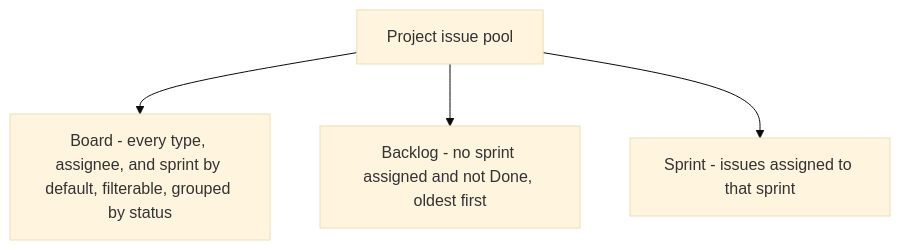
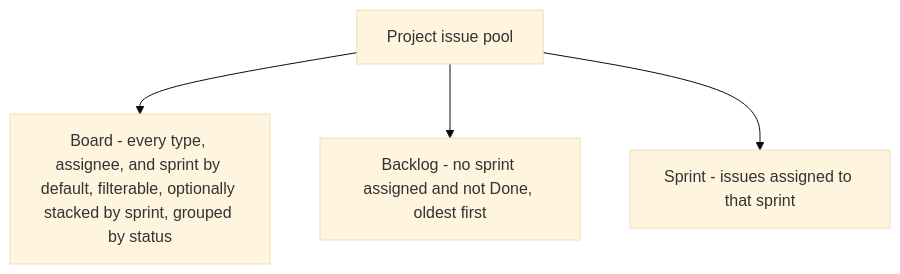
Before and after one commit to Mathotics/Keel: the second of 3 diagrams in docs/adr/ADR-013.md, drawn with Mermaid (base theme). The commit also changed other lines of this file and 15 other files, not shown here.

Commit message:
Add an optional board layout that stacks a row of columns per sprint so cards sit with the sprint they belong to.

````diff
--- a/docs/adr/ADR-013.md
+++ b/docs/adr/ADR-013.md
@@ -142,11 +143,11 @@
 ```mermaid
 flowchart TD
   pool["Project issue pool"]
-  board["Board - every type, assignee, and sprint by default, filterable, grouped by status"]
+  board["Board - every type, assignee, and sprint by default, filterable, optionally stacked by sprint, grouped by status"]
   backlog["Backlog - no sprint assigned and not Done, oldest first"]
   sprint["Sprint - issues assigned to that sprint"]
 
   pool --> board
   pool --> backlog
   pool --> sprint
 ```
````
